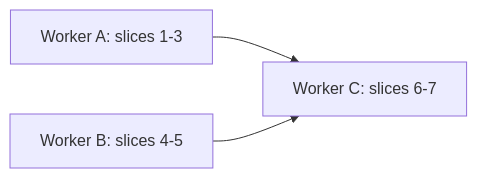
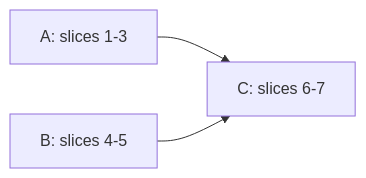
The diagram in docs/plans/s3-windows.md (daniil4545/tarn), drawn with Mermaid before and after one commit. The commit also changed other lines of this file and 1 other file, not shown here.

````diff
--- a/docs/plans/s3-windows.md
+++ b/docs/plans/s3-windows.md
@@ -55,5 +52,5 @@
 ```mermaid
 flowchart LR
-  A["Worker A: slices 1-3"] --> C["Worker C: slices 6-7"]
-  B["Worker B: slices 4-5"] --> C
+  A["A: slices 1-3"] --> C["C: slices 6-7"]
+  B["B: slices 4-5"] --> C
 ```
````
